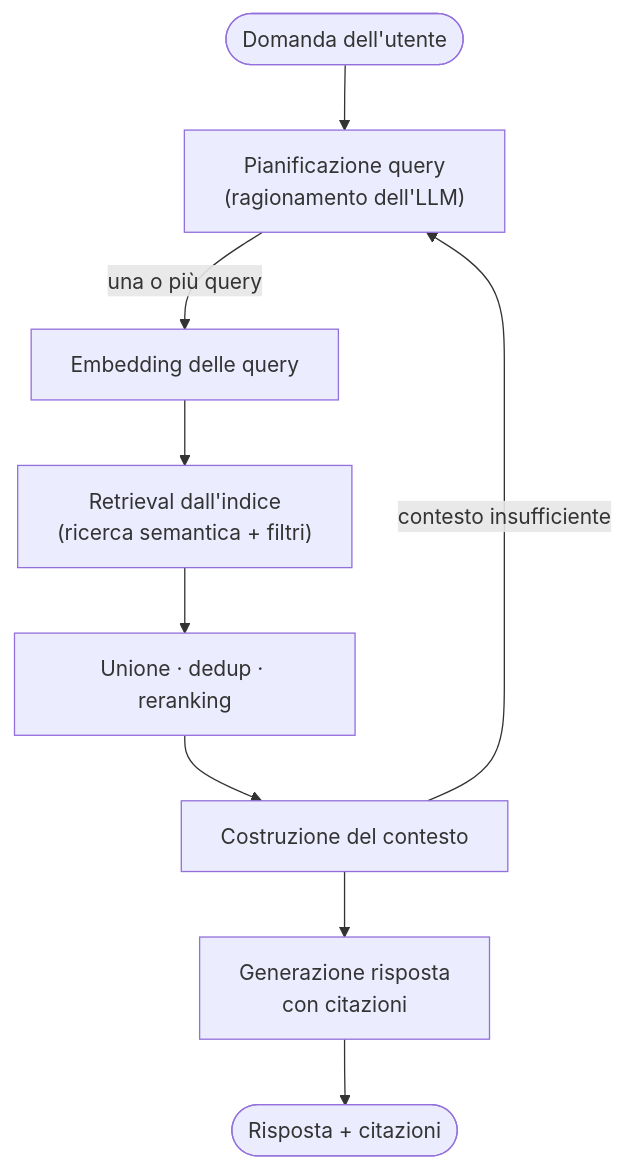
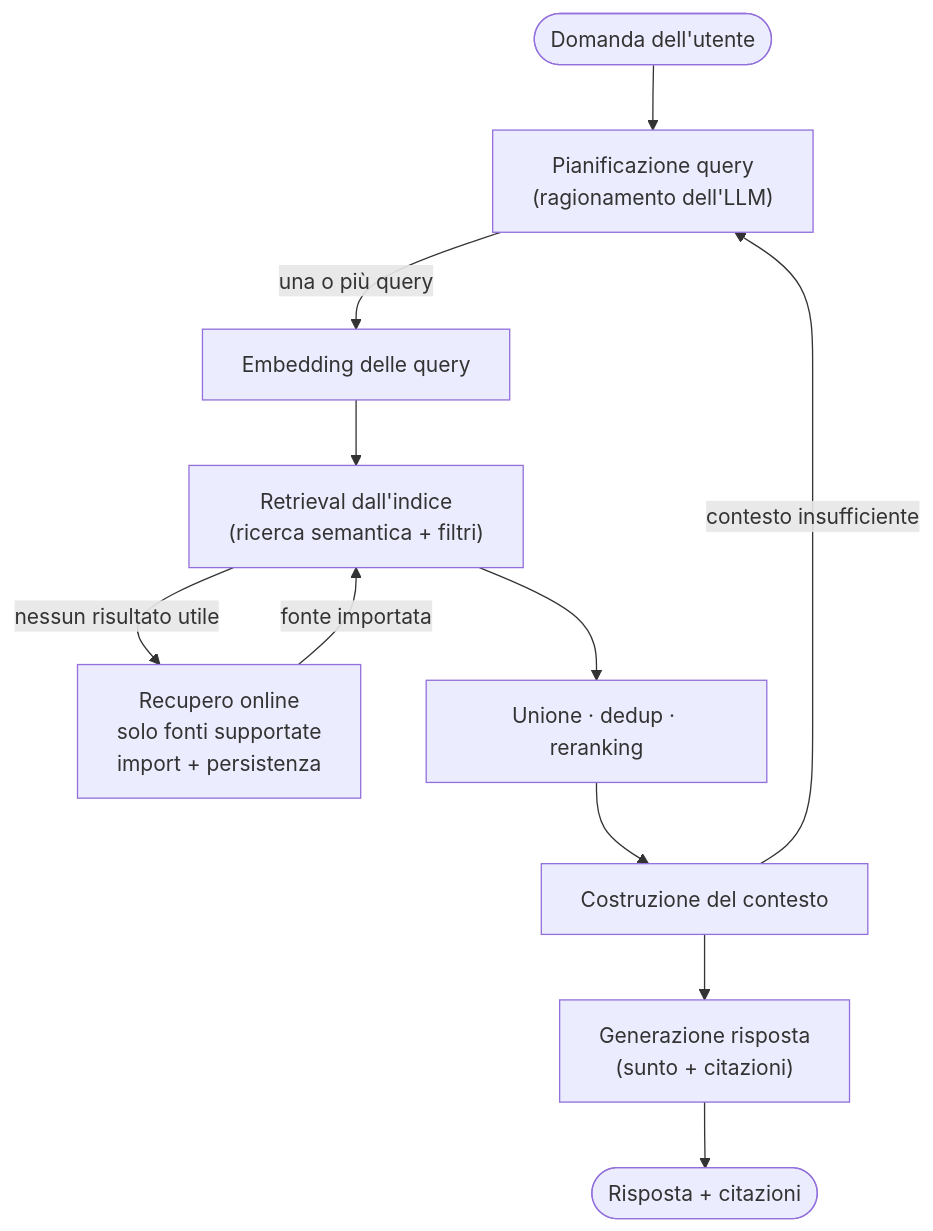
One commit to mikeminer/magistra changed the diagram in knowledge/architettura/flusso-rag.md. Above: the diagram before and after it, drawn with Mermaid. The commit also changed other lines of this file and 25 other files, not shown here.

````diff
--- a/knowledge/architettura/flusso-rag.md
+++ b/knowledge/architettura/flusso-rag.md
@@ -22,20 +23,23 @@
 ```mermaid
 flowchart TD
     Q(["Domanda dell'utente"])
     Plan["Pianificazione query<br/>(ragionamento dell'LLM)"]
     Emb["Embedding delle query"]
     Ret["Retrieval dall'indice<br/>(ricerca semantica + filtri)"]
+    Online["Recupero online<br/>solo fonti supportate<br/>import + persistenza"]
     Merge["Unione · dedup · reranking"]
     Ctx["Costruzione del contesto"]
-    Gen["Generazione risposta<br/>con citazioni"]
+    Gen["Generazione risposta<br/>(sunto + citazioni)"]
     A(["Risposta + citazioni"])
 
     Q --> Plan
     Plan -->|una o più query| Emb
     Emb --> Ret
+    Ret -->|nessun risultato utile| Online
+    Online -->|fonte importata| Ret
     Ret --> Merge
     Merge --> Ctx
     Ctx -->|contesto insufficiente| Plan
     Ctx --> Gen
     Gen --> A
 ```
````
